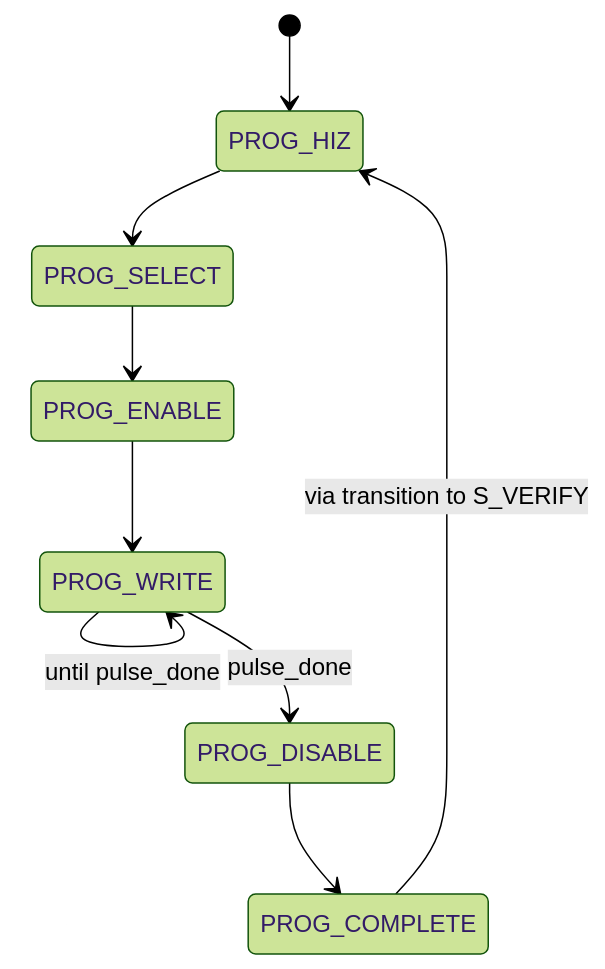
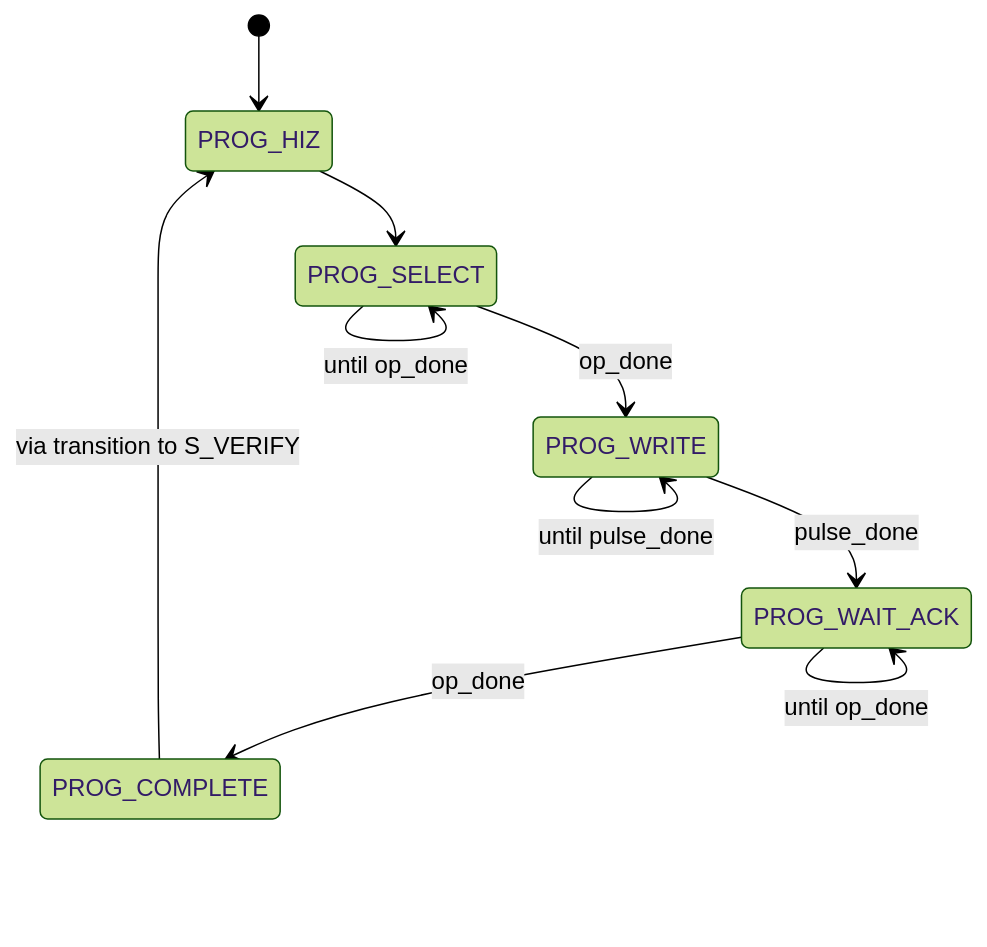
One commit to muhammad3mar/ann-accelerator-controller changed the second of 4 diagrams in docs/meeting_prep/CONTROLLER_OPERATIONS_DIAGRAM.md. Above: the diagram before and after it, drawn with Mermaid (forest theme). The commit also changed other lines of this file and 26 other files, not shown here.

````diff
--- a/docs/meeting_prep/CONTROLLER_OPERATIONS_DIAGRAM.md
+++ b/docs/meeting_prep/CONTROLLER_OPERATIONS_DIAGRAM.md
@@ -78,11 +80,12 @@
 ```mermaid
 stateDiagram-v2
   [*] --> PROG_HIZ
   PROG_HIZ --> PROG_SELECT
-  PROG_SELECT --> PROG_ENABLE
-  PROG_ENABLE --> PROG_WRITE
+  PROG_SELECT --> PROG_SELECT: until op_done
+  PROG_SELECT --> PROG_WRITE: op_done
   PROG_WRITE --> PROG_WRITE: until pulse_done
-  PROG_WRITE --> PROG_DISABLE: pulse_done
-  PROG_DISABLE --> PROG_COMPLETE
+  PROG_WRITE --> PROG_WAIT_ACK: pulse_done
+  PROG_WAIT_ACK --> PROG_WAIT_ACK: until op_done
+  PROG_WAIT_ACK --> PROG_COMPLETE: op_done
   PROG_COMPLETE --> PROG_HIZ: via transition to S_VERIFY
 ```
````
